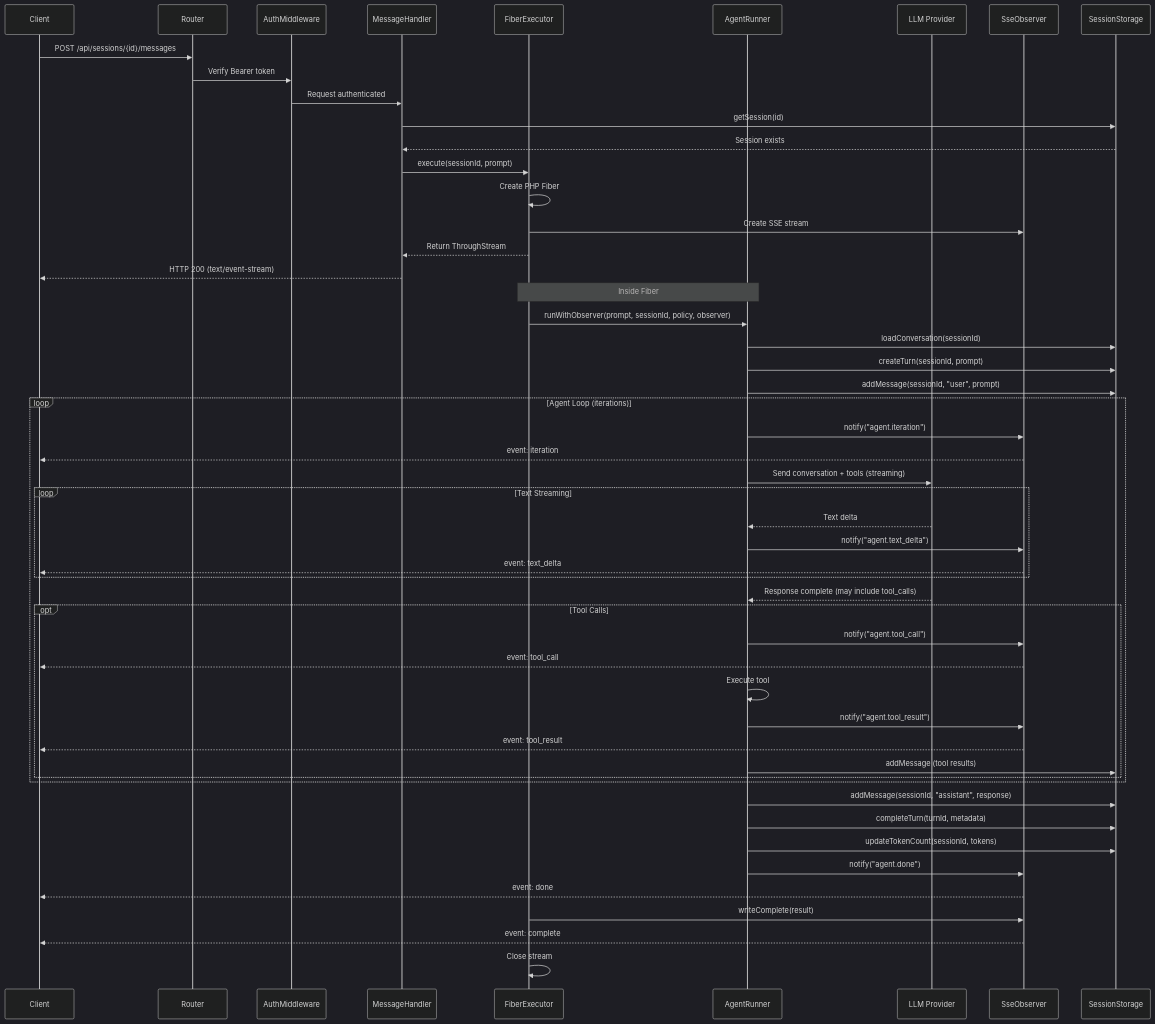
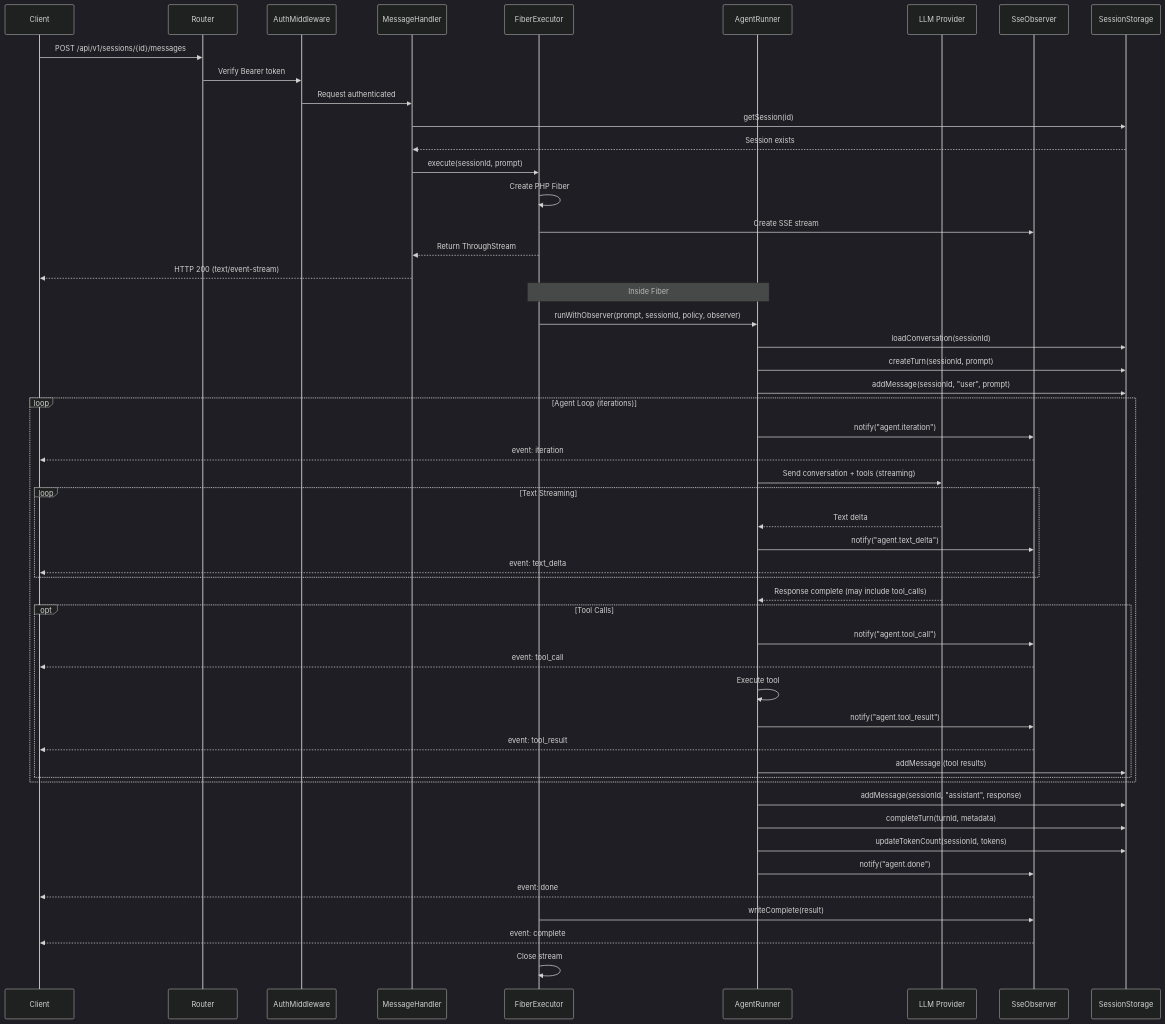
The diagram in docs/APP-API-USAGE.md (AgentCoqui/coqui), drawn with Mermaid (dark theme) before and after one commit. The commit also changed other lines of this file and 7 other files, not shown here.

````diff
--- a/docs/APP-API-USAGE.md
+++ b/docs/APP-API-USAGE.md
@@ -232,65 +232,65 @@
 ```mermaid
 sequenceDiagram
     participant Client
     participant Router
     participant AuthMiddleware
     participant MessageHandler
     participant FiberExecutor
     participant AgentRunner
     participant LLM as LLM Provider
     participant SseObserver
     participant SQLite as SessionStorage
 
-    Client->>Router: POST /api/sessions/{id}/messages
+    Client->>Router: POST /api/v1/sessions/{id}/messages
     Router->>AuthMiddleware: Verify Bearer token
     AuthMiddleware->>MessageHandler: Request authenticated
 
     MessageHandler->>SQLite: getSession(id)
     SQLite-->>MessageHandler: Session exists
 
     MessageHandler->>FiberExecutor: execute(sessionId, prompt)
     FiberExecutor->>FiberExecutor: Create PHP Fiber
     FiberExecutor->>SseObserver: Create SSE stream
     FiberExecutor-->>MessageHandler: Return ThroughStream
 
     MessageHandler-->>Client: HTTP 200 (text/event-stream)
 
     Note over FiberExecutor,AgentRunner: Inside Fiber
 
     FiberExecutor->>AgentRunner: runWithObserver(prompt, sessionId, policy, observer)
     AgentRunner->>SQLite: loadConversation(sessionId)
     AgentRunner->>SQLite: createTurn(sessionId, prompt)
     AgentRunner->>SQLite: addMessage(sessionId, "user", prompt)
 
     loop Agent Loop (iterations)
         AgentRunner->>SseObserver: notify("agent.iteration")
         SseObserver-->>Client: event: iteration
 
         AgentRunner->>LLM: Send conversation + tools (streaming)
         loop Text Streaming
             LLM-->>AgentRunner: Text delta
             AgentRunner->>SseObserver: notify("agent.text_delta")
             SseObserver-->>Client: event: text_delta
         end
         LLM-->>AgentRunner: Response complete (may include tool_calls)
 
         opt Tool Calls
             AgentRunner->>SseObserver: notify("agent.tool_call")
             SseObserver-->>Client: event: tool_call
             AgentRunner->>AgentRunner: Execute tool
             AgentRunner->>SseObserver: notify("agent.tool_result")
             SseObserver-->>Client: event: tool_result
             AgentRunner->>SQLite: addMessage (tool results)
         end
     end
 
     AgentRunner->>SQLite: addMessage(sessionId, "assistant", response)
     AgentRunner->>SQLite: completeTurn(turnId, metadata)
     AgentRunner->>SQLite: updateTokenCount(sessionId, tokens)
     AgentRunner->>SseObserver: notify("agent.done")
     SseObserver-->>Client: event: done
 
     FiberExecutor->>SseObserver: writeComplete(result)
     SseObserver-->>Client: event: complete
     FiberExecutor->>FiberExecutor: Close stream
 ```
````
